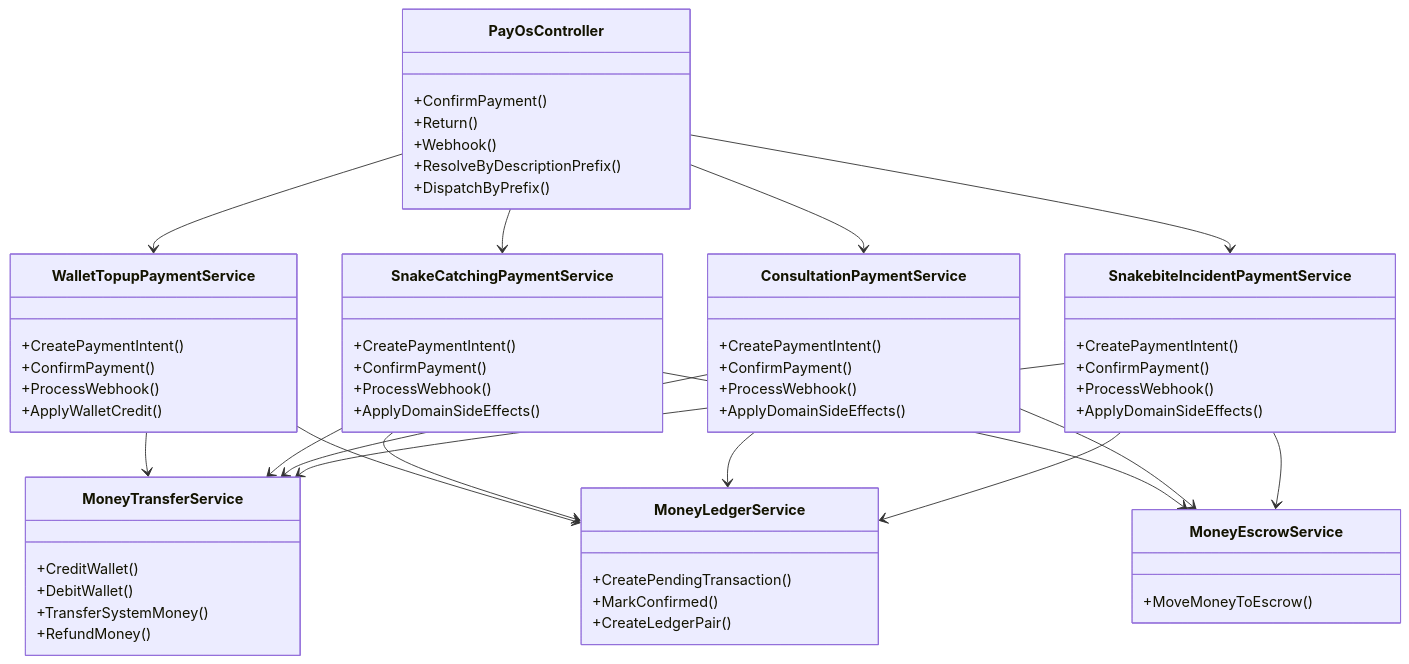
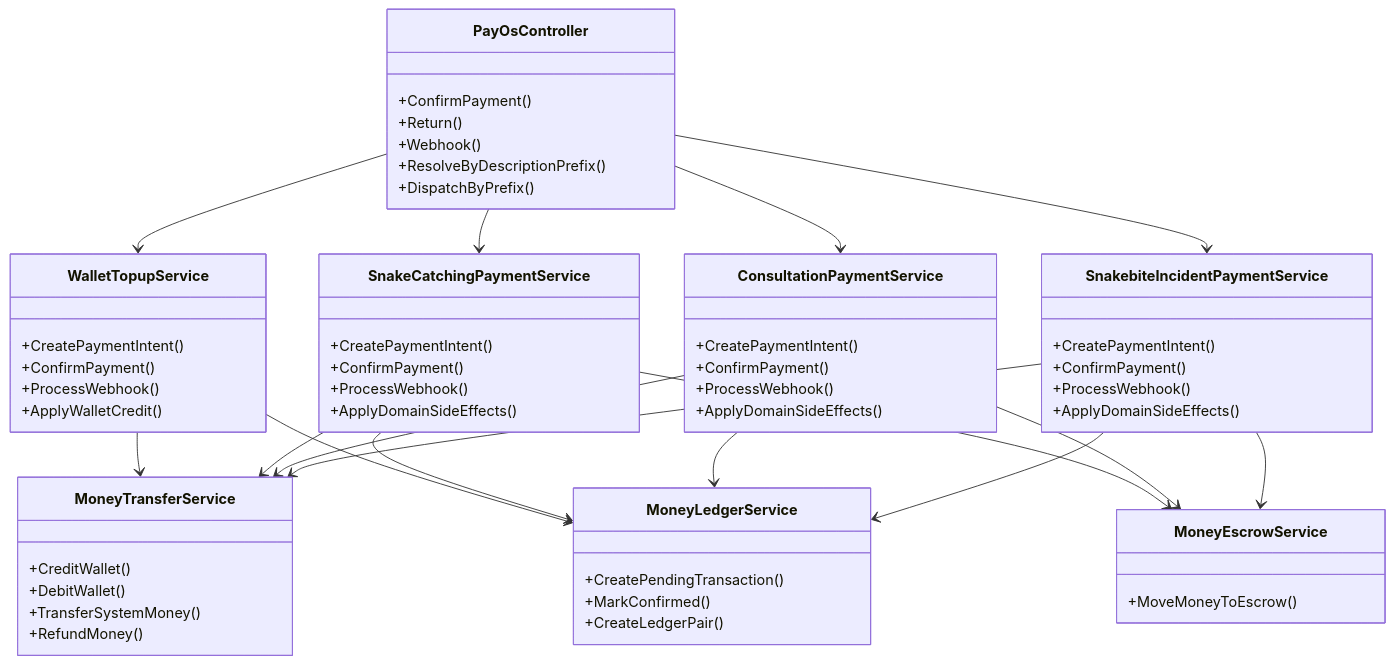
The second of 5 diagrams in Docs/05-Backend/02-layers/money-aspect/money-aspect.sourcemap.md (Snake-AID/SnakeAid.Docs), drawn with Mermaid before and after one commit. The commit also changed other lines of this file and 2 other files, not shown here.

Commit message:
feat(docs): update money aspect documentation to reflect naming convention changes for WalletTopupService and related classes

````diff
--- a/Docs/05-Backend/02-layers/money-aspect/money-aspect.sourcemap.md
+++ b/Docs/05-Backend/02-layers/money-aspect/money-aspect.sourcemap.md
@@ -81,75 +81,75 @@
 ```mermaid
 classDiagram
     class PayOsController {
       +ConfirmPayment()
       +Return()
       +Webhook()
       +ResolveByDescriptionPrefix()
       +DispatchByPrefix()
     }
 
-    class WalletTopupPaymentService {
+    class WalletTopupService {
       +CreatePaymentIntent()
       +ConfirmPayment()
       +ProcessWebhook()
       +ApplyWalletCredit()
     }
 
     class SnakeCatchingPaymentService {
       +CreatePaymentIntent()
       +ConfirmPayment()
       +ProcessWebhook()
       +ApplyDomainSideEffects()
     }
 
     class ConsultationPaymentService {
       +CreatePaymentIntent()
       +ConfirmPayment()
       +ProcessWebhook()
       +ApplyDomainSideEffects()
     }
 
     class SnakebiteIncidentPaymentService {
       +CreatePaymentIntent()
       +ConfirmPayment()
       +ProcessWebhook()
       +ApplyDomainSideEffects()
     }
 
     class MoneyEscrowService {
       +MoveMoneyToEscrow()
     }
 
     class MoneyTransferService {
       +CreditWallet()
       +DebitWallet()
       +TransferSystemMoney()
       +RefundMoney()
     }
 
     class MoneyLedgerService {
       +CreatePendingTransaction()
       +MarkConfirmed()
       +CreateLedgerPair()
     }
 
-    PayOsController --> WalletTopupPaymentService
+    PayOsController --> WalletTopupService
     PayOsController --> SnakeCatchingPaymentService
     PayOsController --> ConsultationPaymentService
     PayOsController --> SnakebiteIncidentPaymentService
 
-    WalletTopupPaymentService --> MoneyTransferService
-    WalletTopupPaymentService --> MoneyLedgerService
+    WalletTopupService --> MoneyTransferService
+    WalletTopupService --> MoneyLedgerService
 
     SnakeCatchingPaymentService --> MoneyEscrowService
     SnakeCatchingPaymentService --> MoneyTransferService
     SnakeCatchingPaymentService --> MoneyLedgerService
 
     ConsultationPaymentService --> MoneyEscrowService
     ConsultationPaymentService --> MoneyTransferService
     ConsultationPaymentService --> MoneyLedgerService
 
     SnakebiteIncidentPaymentService --> MoneyEscrowService
     SnakebiteIncidentPaymentService --> MoneyTransferService
     SnakebiteIncidentPaymentService --> MoneyLedgerService
 ```
````
